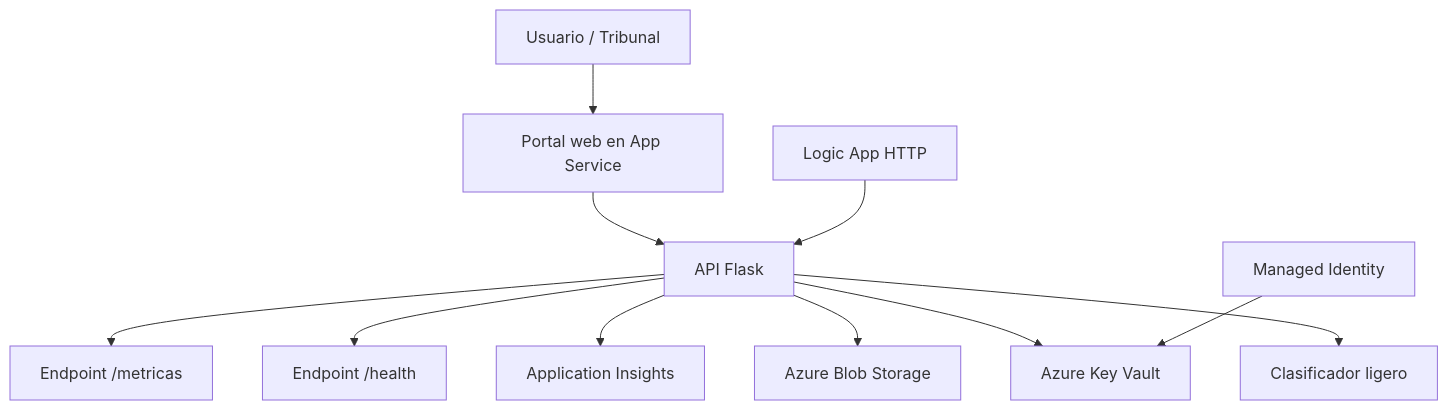
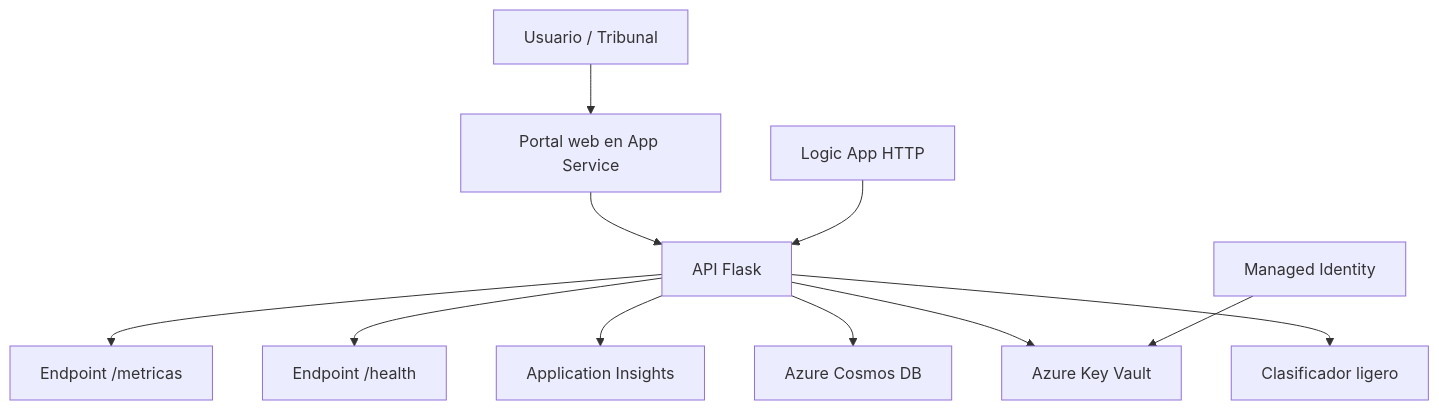
Before and after one commit to karimadrico/tfg-azure-servicio-empresarial-seguro: the first of 5 diagrams in docs/diagramas/diagramas.md, drawn with Mermaid. The commit also changed other lines of this file and 33 other files, not shown here.

````diff
--- a/docs/diagramas/diagramas.md
+++ b/docs/diagramas/diagramas.md
@@ -20,13 +20,13 @@
 ```mermaid
 flowchart TB
     usuario[Usuario / Tribunal] --> portal[Portal web en App Service]
     portal --> api[API Flask]
     api --> clasificador[Clasificador ligero]
-    api --> storage[Azure Blob Storage]
+    api --> storage[Azure Cosmos DB]
     api --> keyvault[Azure Key Vault]
     api --> appinsights[Application Insights]
     logicapp[Logic App HTTP] --> api
     appid[Managed Identity] --> keyvault
     api --> health[Endpoint /health]
     api --> metricas[Endpoint /metricas]
 ```
````
